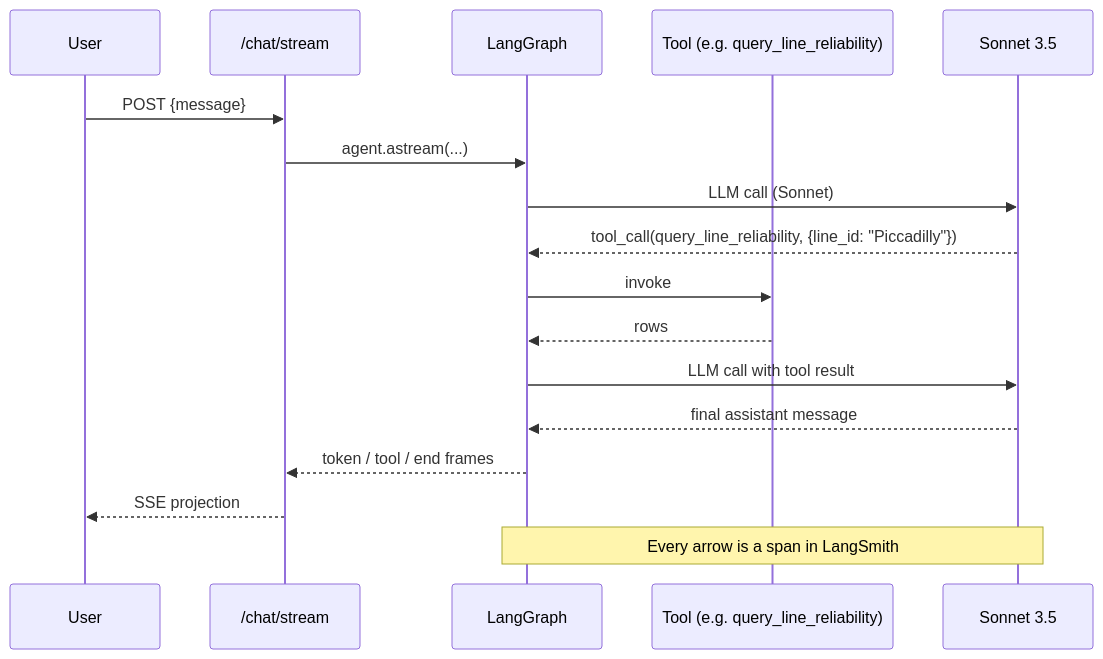
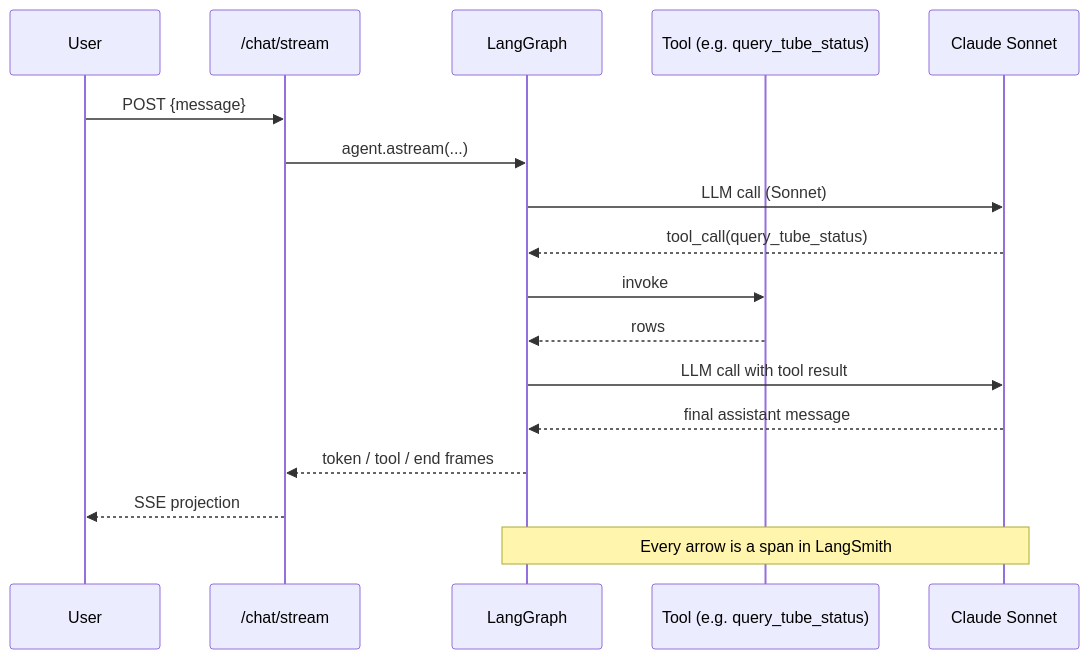
One commit to hcslomeu/tfl-monitor changed the second of 2 diagrams in docs/observability.md. Above: the diagram before and after it, drawn with Mermaid. The commit also changed other lines of this file and 15 other files, not shown here.

First line of the commit message:
docs: sync mkdocs site with live-proxy architecture (TM-35) (#131)

````diff
--- a/docs/observability.md
+++ b/docs/observability.md
@@ -98,20 +93,20 @@
 ```mermaid
 sequenceDiagram
     participant U as User
     participant API as /chat/stream
     participant G as LangGraph
-    participant T as Tool (e.g. query_line_reliability)
-    participant L as Sonnet 3.5
+    participant T as Tool (e.g. query_tube_status)
+    participant L as Claude Sonnet
 
     U->>API: POST {message}
     API->>G: agent.astream(...)
     G->>L: LLM call (Sonnet)
-    L-->>G: tool_call(query_line_reliability, {line_id: "Piccadilly"})
+    L-->>G: tool_call(query_tube_status)
     G->>T: invoke
     T-->>G: rows
     G->>L: LLM call with tool result
     L-->>G: final assistant message
     G-->>API: token / tool / end frames
     API-->>U: SSE projection
     Note over G,L: Every arrow is a span in LangSmith
 ```
````
